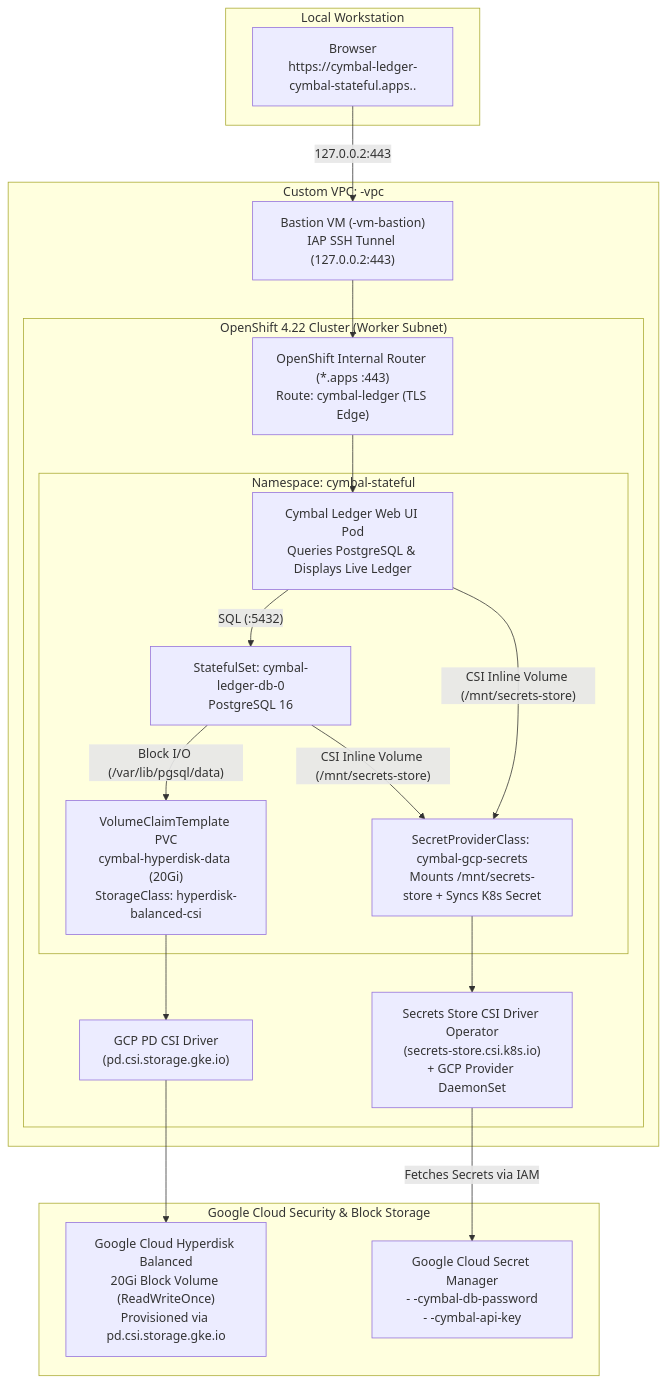
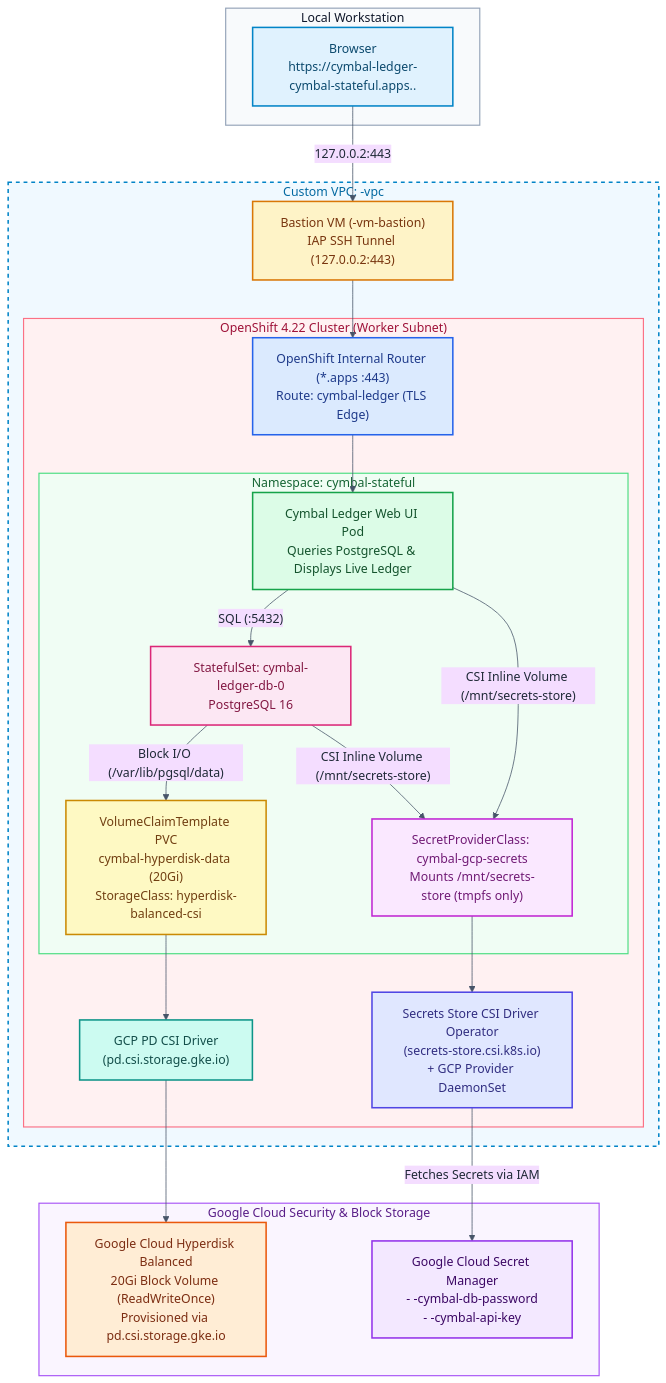
Before and after one commit to erdemgu/ocp-gcp-demo: the second of 2 diagrams in workloads/docs/architecture-phase2.md, drawn with Mermaid. The commit also changed other lines of this file and 3 other files, not shown here.

Commit message:
Move Platform Notes & Solved Issues to bottom of README and add light-theme colors to architecture diagrams

````diff
--- a/workloads/docs/architecture-phase2.md
+++ b/workloads/docs/architecture-phase2.md
@@ -68,40 +85,59 @@
 ```mermaid
+%%{init: {'theme': 'base', 'themeVariables': { 'background': '#ffffff', 'primaryTextColor': '#1f2937', 'lineColor': '#475569' }}}%%
 flowchart TB
     subgraph Local["Local Workstation"]
-        Browser2["Browser\nhttps://cymbal-ledger-cymbal-stateful.apps.<CLUSTER>.<DOMAIN>"]
+        Browser2["Browser\nhttps://cymbal-ledger-cymbal-stateful.apps.<CLUSTER>.<DOMAIN>"]:::browser
     end
 
     subgraph GCP_Sec["Google Cloud Security & Block Storage"]
-        GSM["Google Cloud Secret Manager\n- <PREFIX>-cymbal-db-password\n- <PREFIX>-cymbal-api-key"]
-        Hyperdisk["Google Cloud Hyperdisk Balanced\n20Gi Block Volume (ReadWriteOnce)\nProvisioned via pd.csi.storage.gke.io"]
+        GSM["Google Cloud Secret Manager\n- <PREFIX>-cymbal-db-password\n- <PREFIX>-cymbal-api-key"]:::security
+        Hyperdisk["Google Cloud Hyperdisk Balanced\n20Gi Block Volume (ReadWriteOnce)\nProvisioned via pd.csi.storage.gke.io"]:::storage
     end
 
     subgraph VPC["Custom VPC: <PREFIX>-vpc"]
-        Bastion2["Bastion VM (<PREFIX>-vm-bastion)\nIAP SSH Tunnel (127.0.0.2:443)"]
+        Bastion2["Bastion VM (<PREFIX>-vm-bastion)\nIAP SSH Tunnel (127.0.0.2:443)"]:::bastion
 
         subgraph OCP2["OpenShift 4.22 Cluster (Worker Subnet)"]
-            Ingress2["OpenShift Internal Router (*.apps :443)\nRoute: cymbal-ledger (TLS Edge)"]
+            Ingress2["OpenShift Internal Router (*.apps :443)\nRoute: cymbal-ledger (TLS Edge)"]:::lb
 
             subgraph NS2["Namespace: cymbal-stateful"]
-                UI["Cymbal Ledger Web UI Pod\nQueries PostgreSQL & Displays Live Ledger"]
-                DB["StatefulSet: cymbal-ledger-db-0\nPostgreSQL 16"]
-                SPC["SecretProviderClass: cymbal-gcp-secrets\nMounts /mnt/secrets-store + Syncs K8s Secret"]
-                RWO_PVC["VolumeClaimTemplate PVC\ncymbal-hyperdisk-data (20Gi)\nStorageClass: hyperdisk-balanced-csi"]
+                UI["Cymbal Ledger Web UI Pod\nQueries PostgreSQL & Displays Live Ledger"]:::pod
+                DB["StatefulSet: cymbal-ledger-db-0\nPostgreSQL 16"]:::database
+                SPC["SecretProviderClass: cymbal-gcp-secrets\nMounts /mnt/secrets-store (tmpfs only)"]:::secretcr
+                RWO_PVC["VolumeClaimTemplate PVC\ncymbal-hyperdisk-data (20Gi)\nStorageClass: hyperdisk-balanced-csi"]:::pvc
             end
 
-            SecretsCSI["Secrets Store CSI Driver Operator\n(secrets-store.csi.k8s.io)\n+ GCP Provider DaemonSet"]
-            PD_CSI["GCP PD CSI Driver\n(pd.csi.storage.gke.io)"]
+            SecretsCSI["Secrets Store CSI Driver Operator\n(secrets-store.csi.k8s.io)\n+ GCP Provider DaemonSet"]:::operator
+            PD_CSI["GCP PD CSI Driver\n(pd.csi.storage.gke.io)"]:::csi
         end
     end
 
     Browser2 -->|"127.0.0.2:443"| Bastion2
     Bastion2 --> Ingress2
     Ingress2 --> UI
     UI -->|"SQL (:5432)"| DB
     DB -->|"Block I/O (/var/lib/pgsql/data)"| RWO_PVC
     RWO_PVC --> PD_CSI
     PD_CSI --> Hyperdisk
     DB & UI -->|"CSI Inline Volume (/mnt/secrets-store)"| SPC
     SPC --> SecretsCSI
     SecretsCSI -->|"Fetches Secrets via IAM"| GSM
+
+    classDef browser fill:#e0f2fe,stroke:#0284c7,stroke-width:2px,color:#0c4a6e
+    classDef security fill:#f3e8ff,stroke:#9333ea,stroke-width:2px,color:#3b0764
+    classDef storage fill:#ffedd5,stroke:#ea580c,stroke-width:2px,color:#7c2d12
+    classDef bastion fill:#fef3c7,stroke:#d97706,stroke-width:2px,color:#78350f
+    classDef lb fill:#dbeafe,stroke:#2563eb,stroke-width:2px,color:#1e3a8a
+    classDef pod fill:#dcfce7,stroke:#16a34a,stroke-width:2px,color:#14532d
+    classDef database fill:#fce7f3,stroke:#db2777,stroke-width:2px,color:#831843
+    classDef secretcr fill:#fae8ff,stroke:#c026d3,stroke-width:2px,color:#701a75
+    classDef pvc fill:#fef9c3,stroke:#ca8a04,stroke-width:2px,color:#713f12
+    classDef operator fill:#e0e7ff,stroke:#4f46e5,stroke-width:2px,color:#312e81
+    classDef csi fill:#ccfbf1,stroke:#0d9488,stroke-width:2px,color:#134e4a
+
+    style Local fill:#f8fafc,stroke:#94a3b8,stroke-width:1.5px,color:#0f172a
+    style GCP_Sec fill:#faf5ff,stroke:#a855f7,stroke-width:1.5px,color:#581c87
+    style VPC fill:#f0f9ff,stroke:#0284c7,stroke-width:2px,stroke-dasharray: 5 5,color:#0369a1
+    style OCP2 fill:#fff1f2,stroke:#fb7185,stroke-width:1.5px,color:#9f1239
+    style NS2 fill:#f0fdf4,stroke:#4ade80,stroke-width:1.5px,color:#166534
 ```
````
